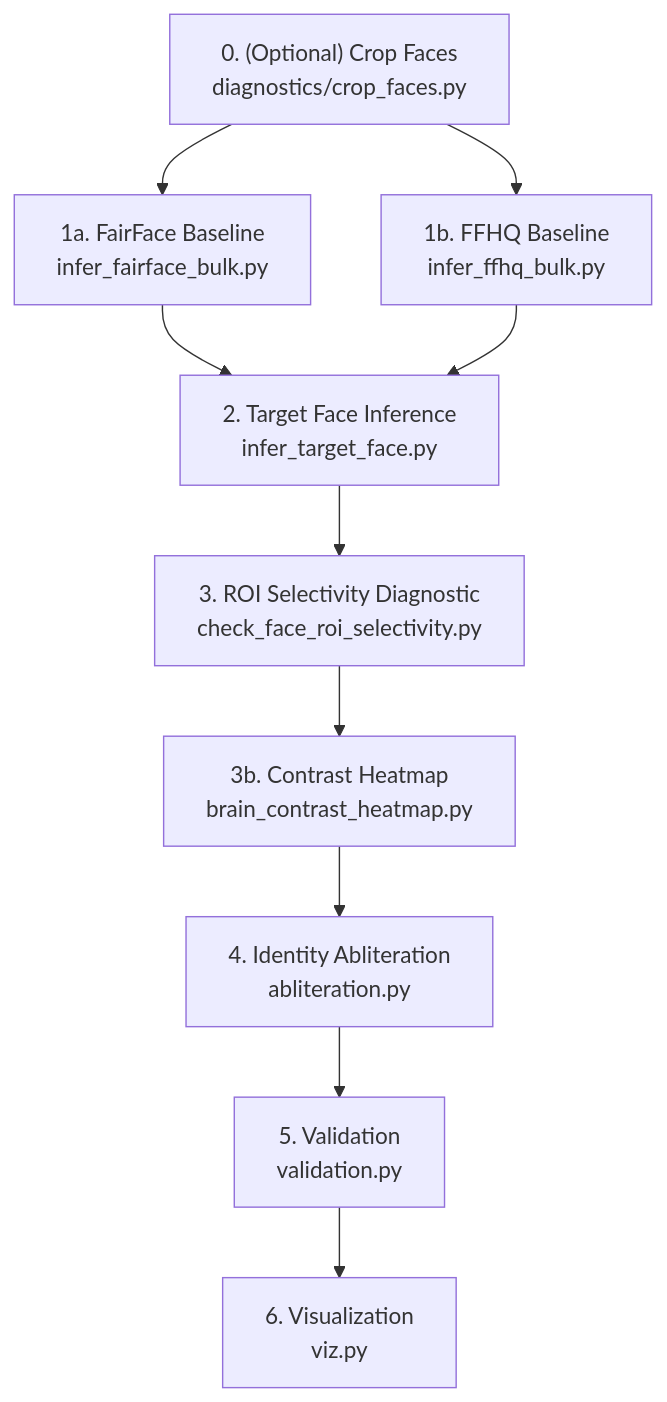
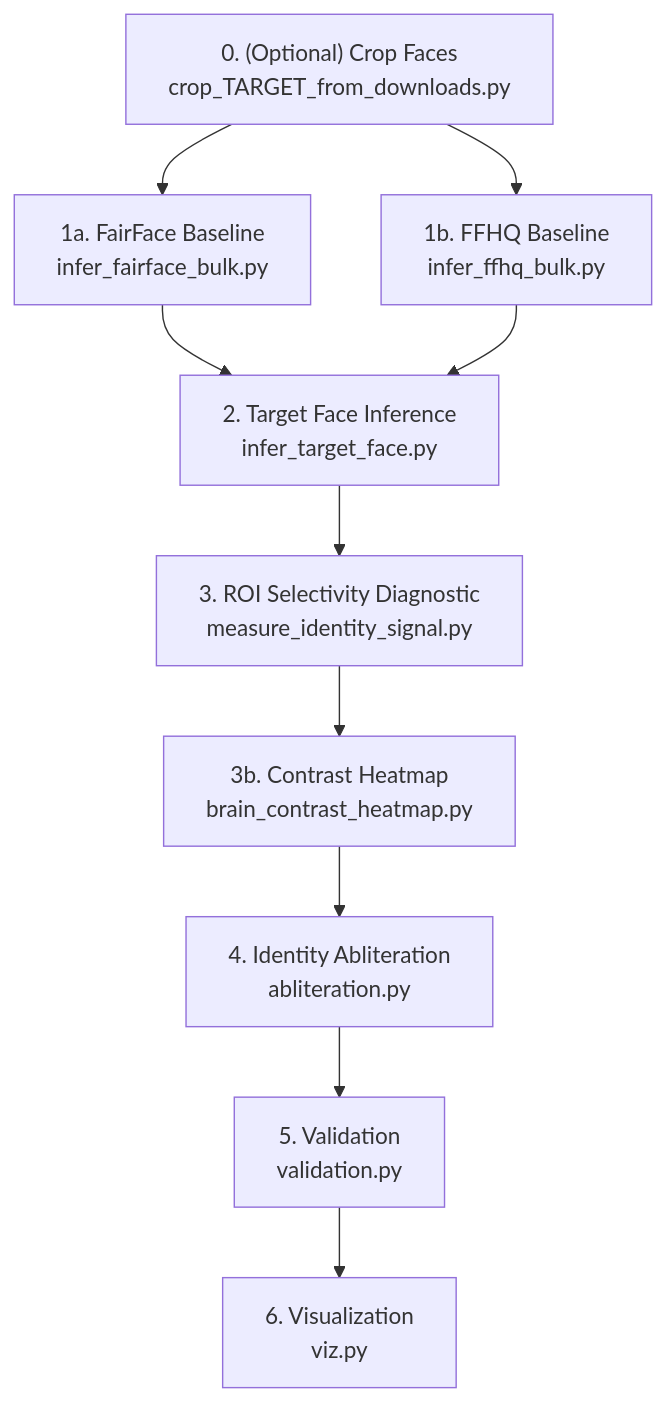
The first of 2 diagrams in README.MD (aloshdenny/e85), drawn with Mermaid before and after one commit. The commit also changed other lines of this file, not shown here.

First line of the commit message:
README: mirror janice-stfu's structure and pipeline flowcharts

````diff
--- a/README.MD
+++ b/README.MD
@@ -86,12 +94,12 @@
 ```mermaid
 flowchart TD
-    A["0. (Optional) Crop Faces<br/>diagnostics/crop_faces.py"] --> B1["1a. FairFace Baseline<br/>infer_fairface_bulk.py"]
+    A["0. (Optional) Crop Faces<br/>crop_TARGET_from_downloads.py"] --> B1["1a. FairFace Baseline<br/>infer_fairface_bulk.py"]
     A --> B2["1b. FFHQ Baseline<br/>infer_ffhq_bulk.py"]
     B1 --> C["2. Target Face Inference<br/>infer_target_face.py"]
     B2 --> C
-    C --> D["3. ROI Selectivity Diagnostic<br/>check_face_roi_selectivity.py"]
+    C --> D["3. ROI Selectivity Diagnostic<br/>measure_identity_signal.py"]
     D --> D2["3b. Contrast Heatmap<br/>brain_contrast_heatmap.py"]
     D2 --> E["4. Identity Abliteration<br/>abliteration.py"]
     E --> F["5. Validation<br/>validation.py"]
     F --> G["6. Visualization<br/>viz.py"]
 ```
````
